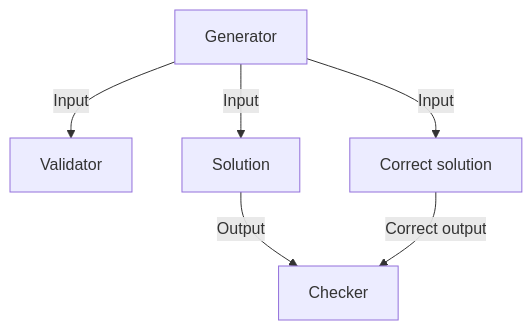
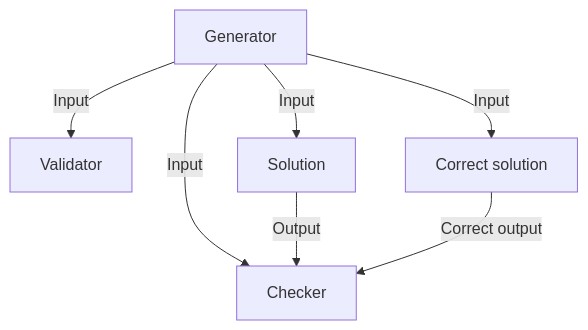
Before and after one commit to piskoviste/pisek: the first of 2 diagrams in docs/task-overview.md, drawn with Mermaid.

Commit message:
docs(task-overview): Checker can depend on the input

````diff
--- a/docs/task-overview.md
+++ b/docs/task-overview.md
@@ -65,8 +65,9 @@
 ```mermaid
 graph TD;
     G[Generator] -->|Input| V[Validator];
     G -->|Input| S[Solution];
     G -->|Input| CS[Correct solution];
-    S -->|Output| C[Checker];
+    G -->|Input| C[Checker];
+    S -->|Output| C;
     CS -->|Correct output| C;
 ```
````
